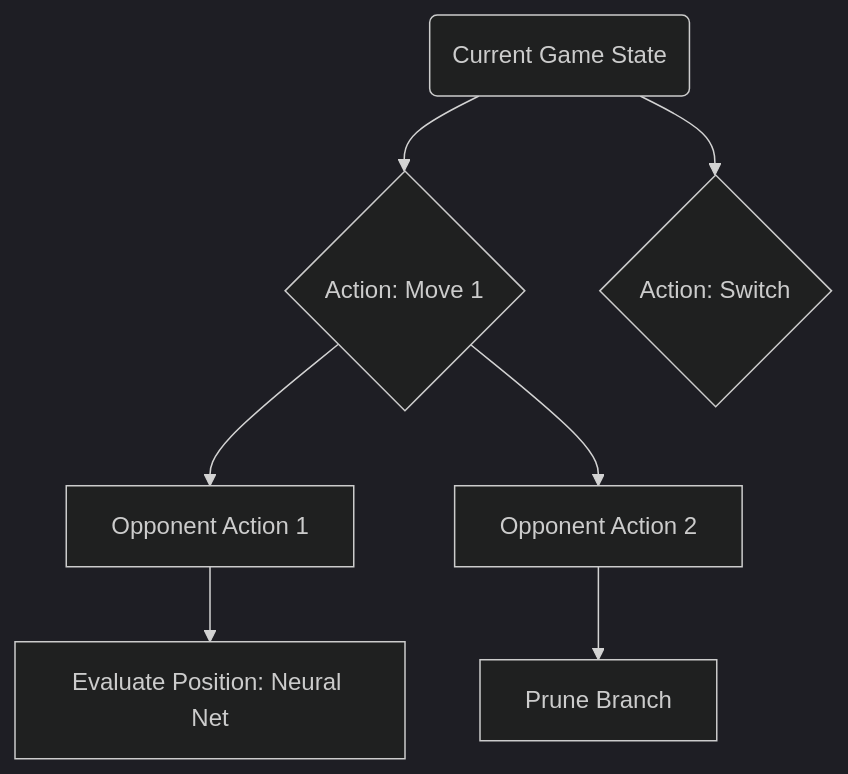
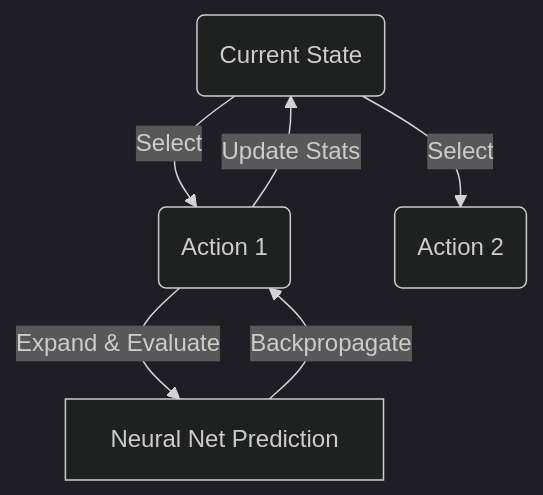
One commit to Grammercy/ClankerIsComing changed the second of 3 diagrams in README.md. Above: the diagram before and after it, drawn with Mermaid (dark theme). The commit also changed other lines of this file, not shown here.

````diff
--- a/README.md
+++ b/README.md
@@ -75,11 +75,8 @@
 ```mermaid
 flowchart TD
-    Root(Current Game State) --> M1{Action: Move 1}
-    Root --> M2{Action: Switch}
-    
-    M1 --> O1[Opponent Action 1]
-    M1 --> O2[Opponent Action 2]
-    
-    O1 --> Eval[Evaluate Position: Neural Net]
-    O2 --> Prune[Prune Branch]
+    Root(Current State) -->|Select| Node1(Action 1)
+    Root -->|Select| Node2(Action 2)
+    Node1 -->|Expand & Evaluate| NN[Neural Net Prediction]
+    NN -->|Backpropagate| Node1
+    Node1 -->|Update Stats| Root
 ```
````
